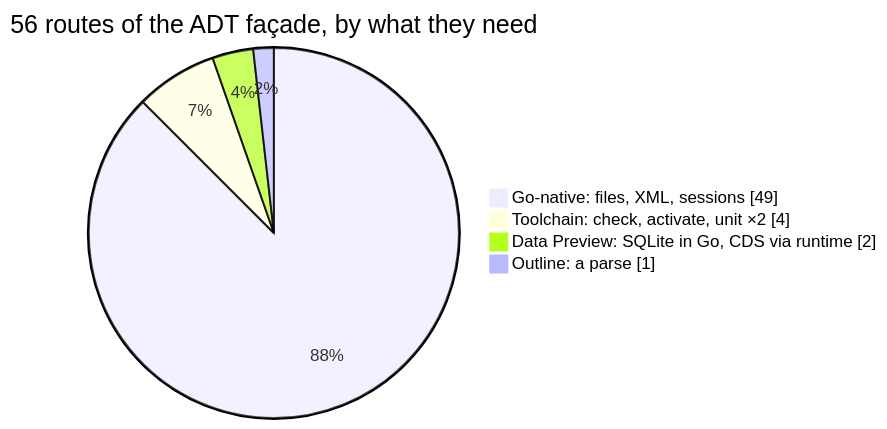
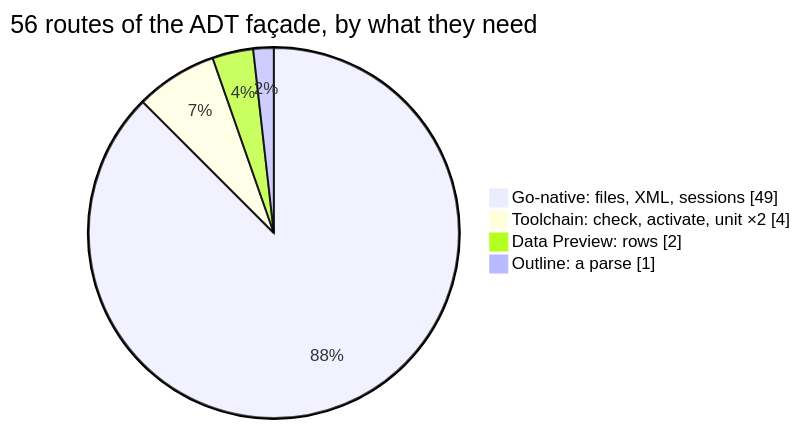
Before and after one commit to oisee/open-steamgate: the first of 6 diagrams in docs/adt-facade-shift-left.md, drawn with Mermaid. The commit also changed other lines of this file and 1 other file, not shown here.

First line of the commit message:
Shift left, revised after review: rows, activation order, three modes

````diff
--- a/docs/adt-facade-shift-left.md
+++ b/docs/adt-facade-shift-left.md
@@ -108,8 +123,8 @@
 ```mermaid
 pie showData
   title 56 routes of the ADT façade, by what they need
   "Go-native: files, XML, sessions" : 49
   "Toolchain: check, activate, unit ×2" : 4
-  "Data Preview: SQLite in Go, CDS via runtime" : 2
+  "Data Preview: rows" : 2
   "Outline: a parse" : 1
 ```
````
